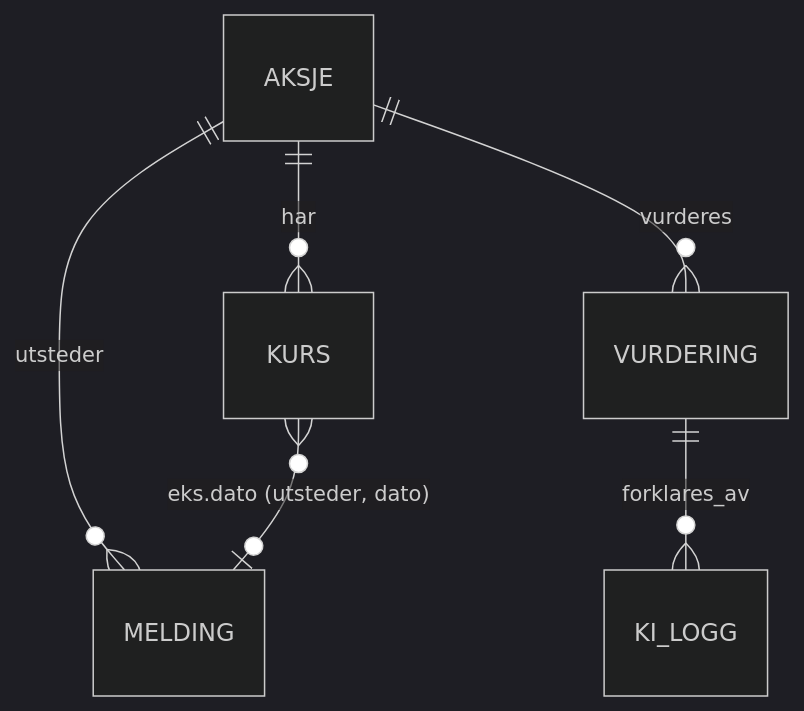
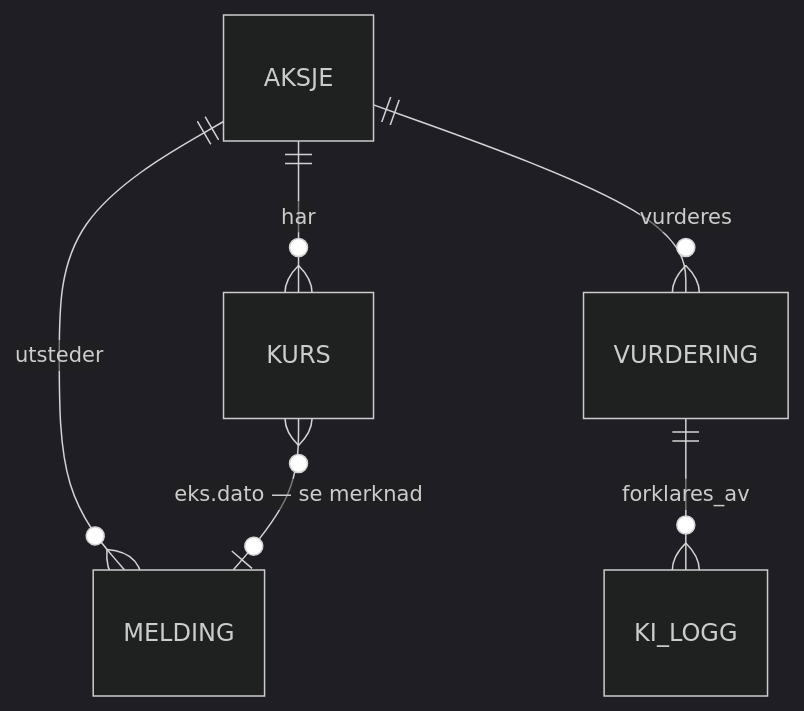
Before and after one commit to IBE160-2026/G74-lund-osen: the third of 3 diagrams in _bmad-output/planning-artifacts/architecture/architecture-G74-lund-osen-2026-09-22/ARCHITECTURE-SPINE.md, drawn with Mermaid (dark theme). The commit also changed other lines of this file and 4 other files, not shown here.

````diff
--- a/_bmad-output/planning-artifacts/architecture/architecture-G74-lund-osen-2026-09-22/ARCHITECTURE-SPINE.md
+++ b/_bmad-output/planning-artifacts/architecture/architecture-G74-lund-osen-2026-09-22/ARCHITECTURE-SPINE.md
@@ -244,8 +255,8 @@
 ```mermaid
 erDiagram
     AKSJE ||--o{ KURS : har
     AKSJE ||--o{ MELDING : utsteder
     AKSJE ||--o{ VURDERING : vurderes
     VURDERING ||--o{ KI_LOGG : forklares_av
-    KURS }o--o| MELDING : "eks.dato (utsteder, dato)"
+    KURS }o--o| MELDING : "eks.dato — se merknad"
 ```
````
